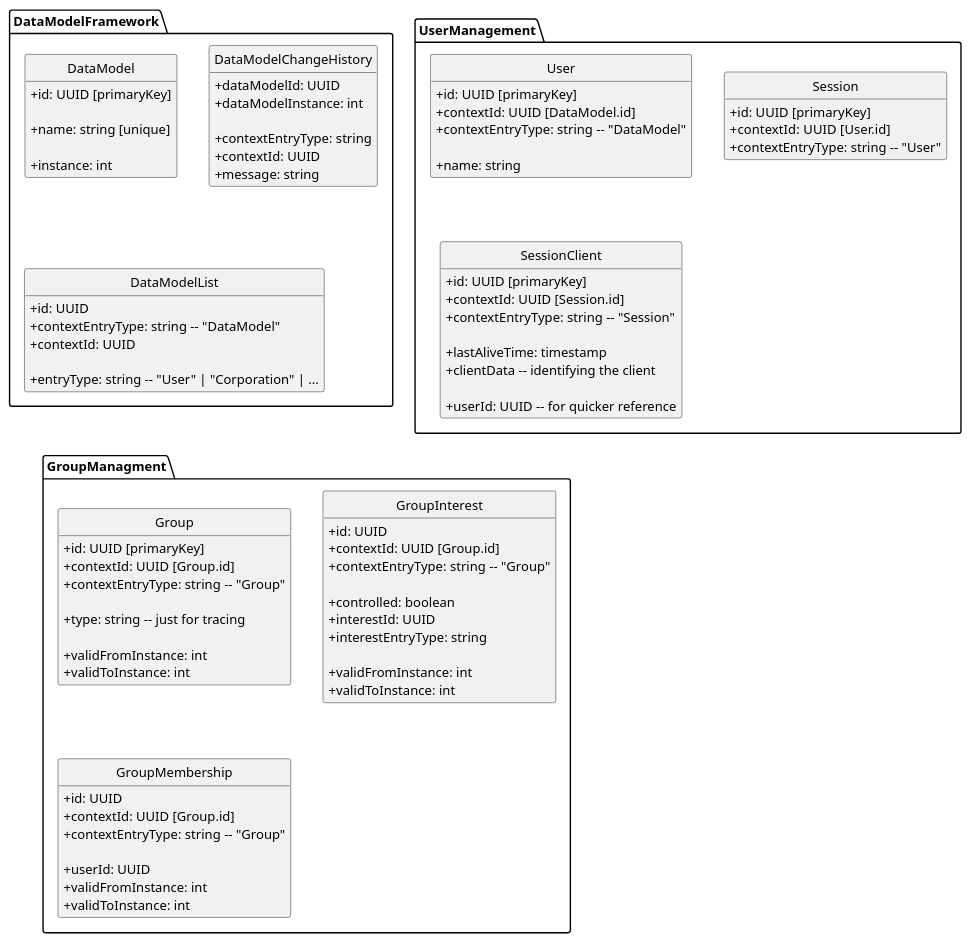
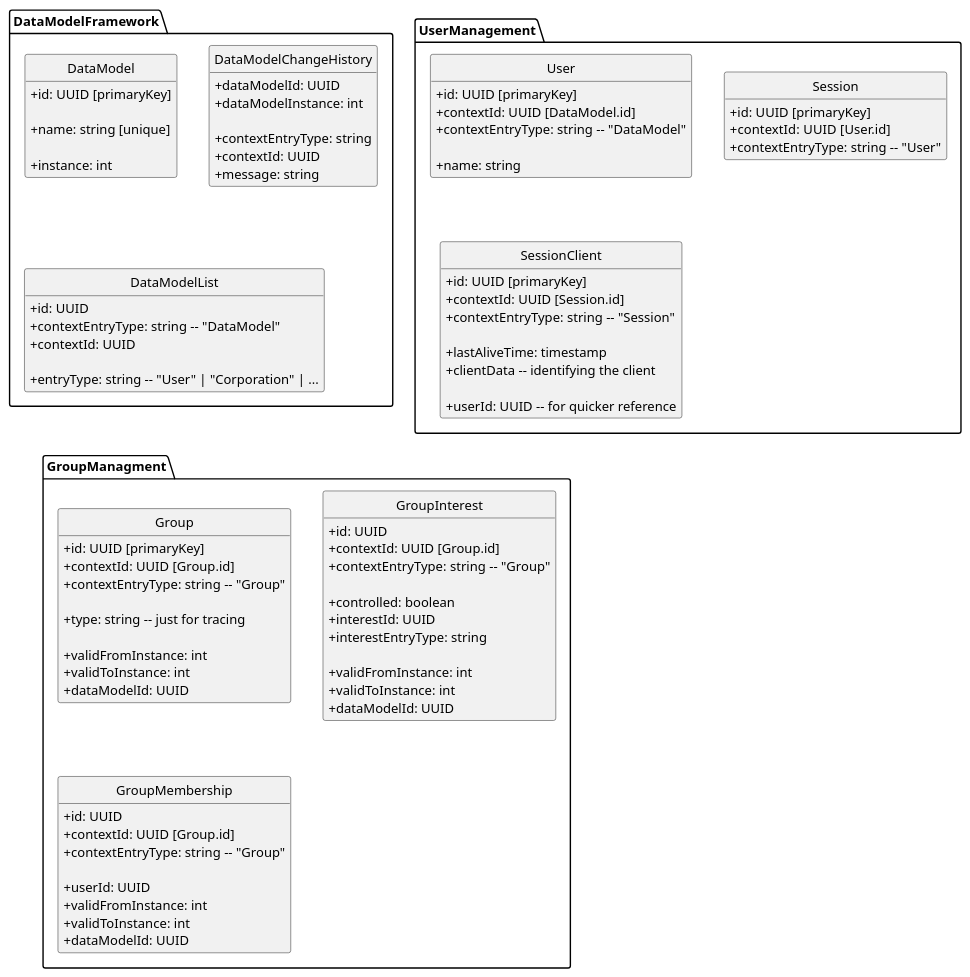
One commit to dertseha/eve-upro changed the diagram in eve-upro/uml/DataBase_Basic.plantuml. Above: the diagram before and after it, drawn with PlantUML. The commit also changed 66 other files, not shown here.

```diff
--- a/eve-upro/uml/DataBase_Basic.plantuml
+++ b/eve-upro/uml/DataBase_Basic.plantuml
@@ -1,104 +1,107 @@
 @startuml
 skinparam classAttributeIconSize 0
 hide empty members
 hide circle
 
 package DataModelFramework {
 
 class DataModel {
    + id: UUID [primaryKey]
 
    + name: string [unique]
 
    + instance: int
 }
 
 class DataModelChangeHistory {
    + dataModelId: UUID
    + dataModelInstance: int
 
    + contextEntryType: string   
    + contextId: UUID
    + message: string
 }
 
 class DataModelList {
    + id: UUID
    + contextEntryType: string -- "DataModel"   
    + contextId: UUID
    
    + entryType: string -- "User" | "Corporation" | ...
 }
 
 }
 
 package UserManagement {
 
 class User {
    + id: UUID [primaryKey]
    + contextId: UUID [DataModel.id]
    + contextEntryType: string -- "DataModel"
 
    + name: string
 }
 
 class Session {
    + id: UUID [primaryKey]
    + contextId: UUID [User.id]
    + contextEntryType: string -- "User"
 }
 
 class SessionClient {
    + id: UUID [primaryKey]
    + contextId: UUID [Session.id]
    + contextEntryType: string -- "Session"
 
    + lastAliveTime: timestamp
    + clientData -- identifying the client
    
    + userId: UUID -- for quicker reference
 }
 
 }
 
 package GroupManagment {
 
 class Group {
    + id: UUID [primaryKey]
    + contextId: UUID [Group.id]
    + contextEntryType: string -- "Group"
    
    + type: string -- just for tracing
    
    + validFromInstance: int
    + validToInstance: int
+   + dataModelId: UUID
 }
 
 class GroupInterest {
    + id: UUID
    + contextId: UUID [Group.id]
    + contextEntryType: string -- "Group"
 
    + controlled: boolean   
    + interestId: UUID
    + interestEntryType: string
    
    + validFromInstance: int
    + validToInstance: int
+   + dataModelId: UUID
 }
 
 class GroupMembership {
    + id: UUID
    + contextId: UUID [Group.id]
    + contextEntryType: string -- "Group"
    
    + userId: UUID
    + validFromInstance: int
    + validToInstance: int
+   + dataModelId: UUID
 }
 
 
 }
 
 
 @enduml
```
